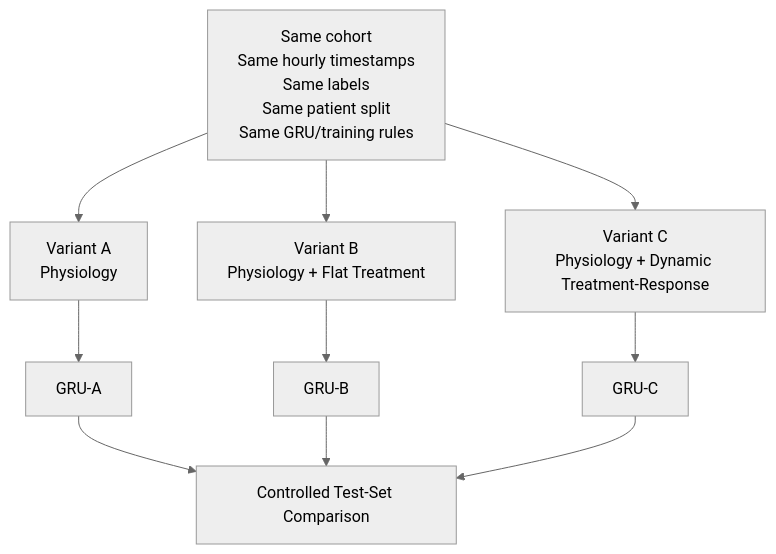
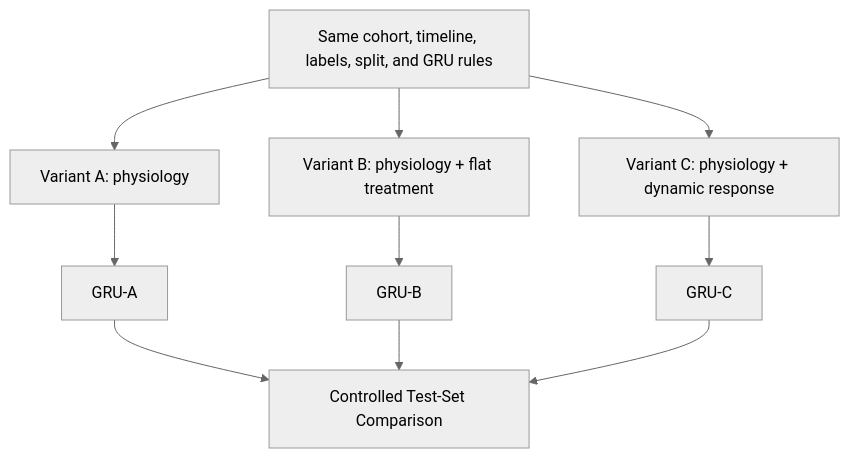
One commit to ojbanskota-7/sepsis changed the first of 4 diagrams in SEPSIS_PROJECT_MASTER_ROADMAP_RENDER_SAFE.md. Above: the diagram before and after it, drawn with Mermaid (neutral theme). The commit also changed other lines of this file and 1 other file, not shown here.

````diff
--- a/SEPSIS_PROJECT_MASTER_ROADMAP_RENDER_SAFE.md
+++ b/SEPSIS_PROJECT_MASTER_ROADMAP_RENDER_SAFE.md
@@ -287,16 +301,16 @@
 ```mermaid
 flowchart TD
-    BASE["Same cohort<br/>Same hourly timestamps<br/>Same labels<br/>Same patient split<br/>Same GRU/training rules"]
+    BASE["Same cohort, timeline, labels, split, and GRU rules"]
 
-    BASE --> A["Variant A<br/>Physiology"]
-    BASE --> B["Variant B<br/>Physiology + Flat Treatment"]
-    BASE --> C["Variant C<br/>Physiology + Dynamic Treatment-Response"]
+    BASE --> A["Variant A: physiology"]
+    BASE --> B["Variant B: physiology + flat treatment"]
+    BASE --> C["Variant C: physiology + dynamic response"]
 
     A --> EA["GRU-A"]
     B --> EB["GRU-B"]
     C --> EC["GRU-C"]
 
     EA --> COMP["Controlled Test-Set Comparison"]
     EB --> COMP
     EC --> COMP
 ```
````
